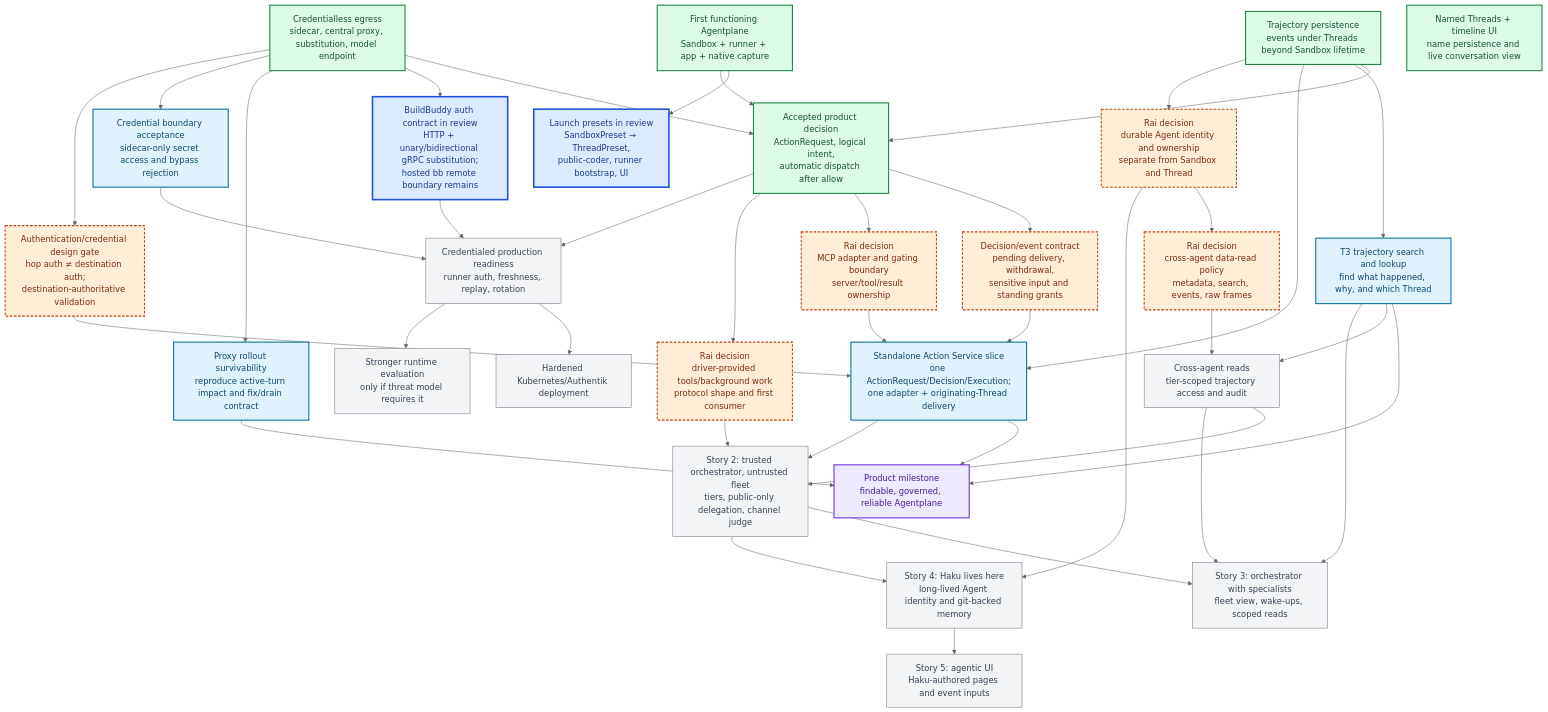
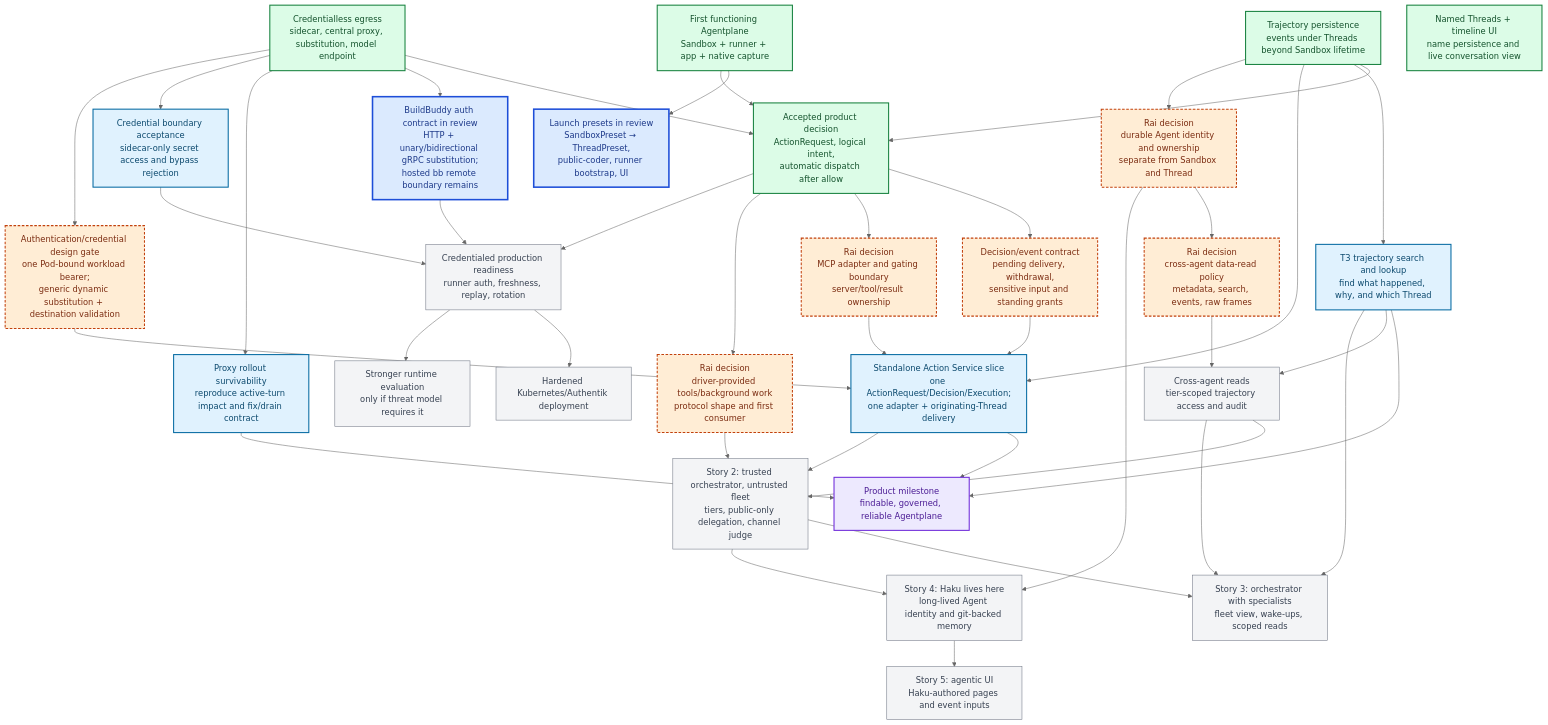
One commit to agentydragon/ducktape changed the diagram in x/agentplane/plans/task_dag.md. Above: the diagram before and after it, drawn with Mermaid (neutral theme). The commit also changed other lines of this file and 2 other files, not shown here.

Commit message:
docs(agentplane): use shared workload token substitution

````diff
--- a/x/agentplane/plans/task_dag.md
+++ b/x/agentplane/plans/task_dag.md
@@ -60,79 +62,79 @@
 ```mermaid
 flowchart TB
     classDef completed fill:#dcfce7,stroke:#15803d,color:#14532d,stroke-width:2px
     classDef active fill:#dbeafe,stroke:#1d4ed8,color:#1e3a8a,stroke-width:3px
     classDef ready fill:#e0f2fe,stroke:#0369a1,color:#0c4a6e,stroke-width:2px
     classDef milestone fill:#ede9fe,stroke:#6d28d9,color:#4c1d95,stroke-width:2px
     classDef decision fill:#ffedd5,stroke:#c2410c,color:#7c2d12,stroke-width:2px,stroke-dasharray:5 3
     classDef future fill:#f3f4f6,stroke:#6b7280,color:#374151
 
     F0["First functioning Agentplane<br/>Sandbox + runner + app + native capture"]:::completed
     J["Credentialless egress<br/>sidecar, central proxy, substitution, model endpoint"]:::completed
     T1["Trajectory persistence<br/>events under Threads beyond Sandbox lifetime"]:::completed
     T2["Named Threads + timeline UI<br/>name persistence and live conversation view"]:::completed
 
     LP["Launch presets in review<br/>SandboxPreset → ThreadPreset,<br/>public-coder, runner bootstrap, UI"]:::active
     BB["BuildBuddy auth contract in review<br/>HTTP + unary/bidirectional gRPC substitution;<br/>hosted bb remote boundary remains"]:::active
 
     OPD["Accepted product decision<br/>ActionRequest, logical intent,<br/>automatic dispatch after allow"]:::completed
     OPS["Decision/event contract<br/>pending delivery, withdrawal,<br/>sensitive input and standing grants"]:::decision
     MCPD["Rai decision<br/>MCP adapter and gating boundary<br/>server/tool/result ownership"]:::decision
-    AUTH["Authentication/credential design gate<br/>hop auth ≠ destination auth;<br/>destination-authoritative validation"]:::decision
+    AUTH["Authentication/credential design gate<br/>one Pod-bound workload bearer;<br/>generic dynamic substitution + destination validation"]:::decision
     OPI["Standalone Action Service slice<br/>one ActionRequest/Decision/Execution;<br/>one adapter + originating-Thread delivery"]:::ready
 
     T3["T3 trajectory search and lookup<br/>find what happened, why, and which Thread"]:::ready
     PR["Proxy rollout survivability<br/>reproduce active-turn impact and fix/drain contract"]:::ready
     SEC["Credential boundary acceptance<br/>sidecar-only secret access and bypass rejection"]:::ready
 
     AGD["Rai decision<br/>durable Agent identity and ownership<br/>separate from Sandbox and Thread"]:::decision
     DATAD["Rai decision<br/>cross-agent data-read policy<br/>metadata, search, events, raw frames"]:::decision
     XREAD["Cross-agent reads<br/>tier-scoped trajectory access and audit"]:::future
 
     DT["Rai decision<br/>driver-provided tools/background work<br/>protocol shape and first consumer"]:::decision
     N["Story 2: trusted orchestrator, untrusted fleet<br/>tiers, public-only delegation, channel judge"]:::future
     O["Story 3: orchestrator with specialists<br/>fleet view, wake-ups, scoped reads"]:::future
     HK["Story 4: Haku lives here<br/>long-lived Agent identity and git-backed memory"]:::future
     UI["Story 5: agentic UI<br/>Haku-authored pages and event inputs"]:::future
     L["Credentialed production readiness<br/>runner auth, freshness, replay, rotation"]:::future
     V["Stronger runtime evaluation<br/>only if threat model requires it"]:::future
     W["Hardened Kubernetes/Authentik deployment"]:::future
     F["Product milestone<br/>findable, governed, reliable Agentplane"]:::milestone
 
     F0 --> LP
     F0 --> OPD
     J --> OPD
     J --> BB
     T1 --> OPD
     T1 --> T3
     J --> PR
     J --> SEC
     OPD --> OPS
     OPD --> MCPD
     OPS --> OPI
     MCPD --> OPI
     J --> AUTH
     AUTH --> OPI
     T1 --> OPI
     T3 --> F
     OPI --> F
     PR --> F
     SEC --> L
     BB --> L
     OPD --> DT
     T1 --> AGD
     AGD --> DATAD
     T3 --> XREAD
     DATAD --> XREAD
     OPI --> N
     XREAD --> N
     DT --> N
     N --> O
     XREAD --> O
     T3 --> O
     N --> HK
     AGD --> HK
     HK --> UI
     L --> W
     OPD --> L
     L --> V
 ```
````
